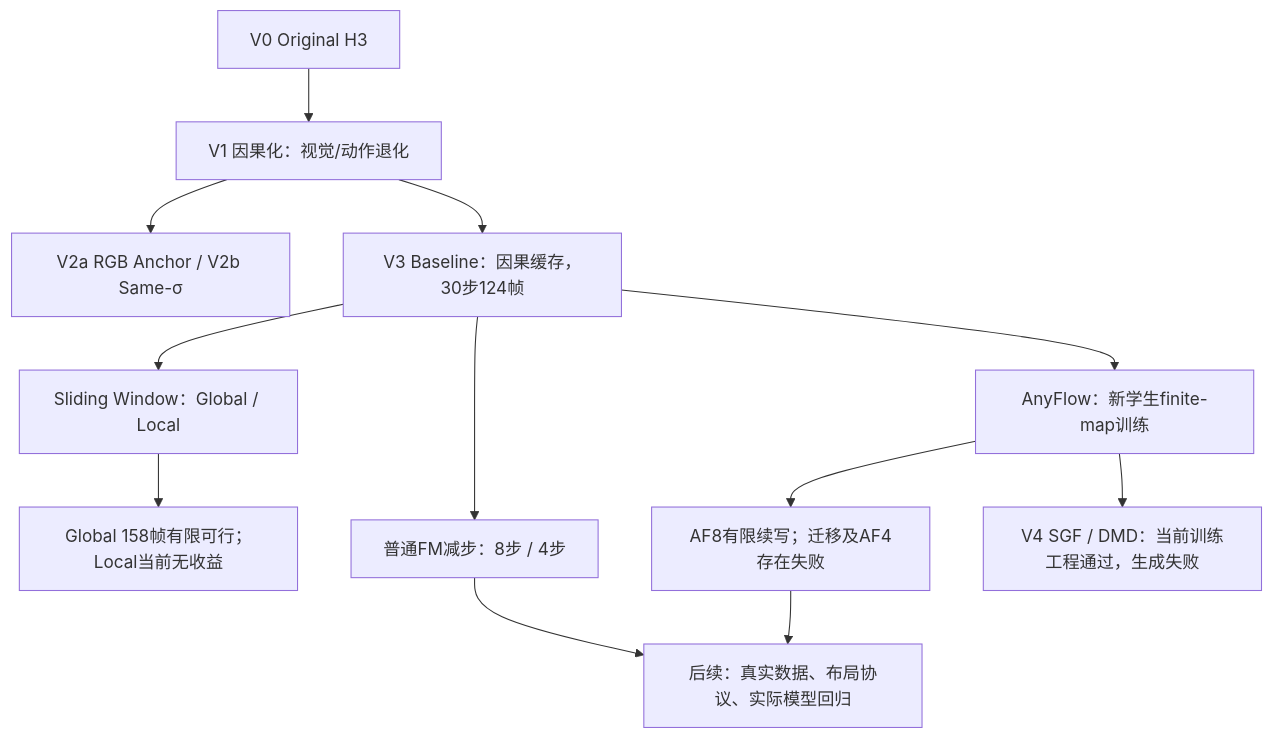
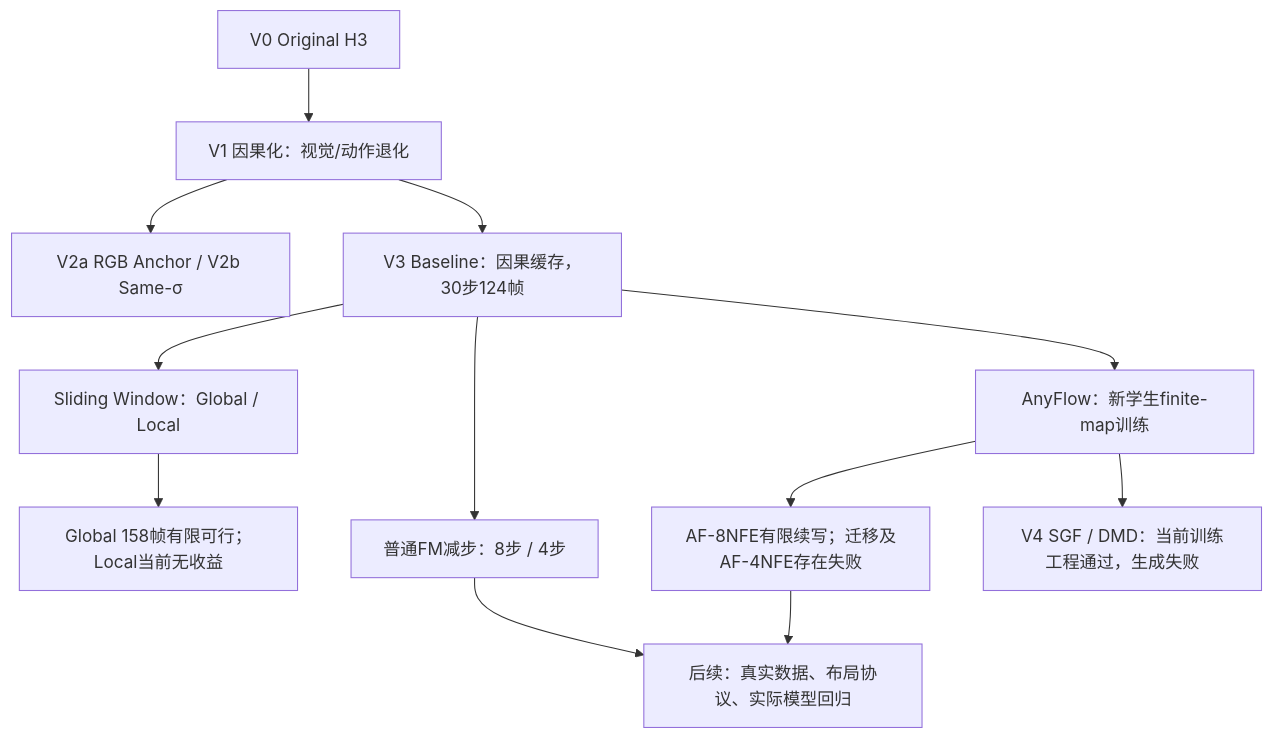
Before and after one commit to alexmqth/H3-SolarWM: the diagram in report/roadmap.md, drawn with Mermaid. The commit also changed other lines of this file and 30 other files, not shown here.

````diff
--- a/report/roadmap.md
+++ b/report/roadmap.md
@@ -3,14 +3,14 @@
 ```mermaid
 flowchart TD
   O["V0 Original H3"] --> V1["V1 因果化：视觉/动作退化"]
   V1 --> V2["V2a RGB Anchor / V2b Same-σ"]
   V1 --> B["V3 Baseline：因果缓存，30步124帧"]
   B --> SW["Sliding Window：Global / Local"]
   SW --> G["Global 158帧有限可行；Local当前无收益"]
   B --> FM["普通FM减步：8步 / 4步"]
   B --> AF["AnyFlow：新学生finite-map训练"]
-  AF --> E["AF8有限续写；迁移及AF4存在失败"]
+  AF --> E["AF-8NFE有限续写；迁移及AF-4NFE存在失败"]
   AF --> D["V4 SGF / DMD：当前训练工程通过，生成失败"]
   FM --> DATA["后续：真实数据、布局协议、实际模型回归"]
   E --> DATA
 ```
````
